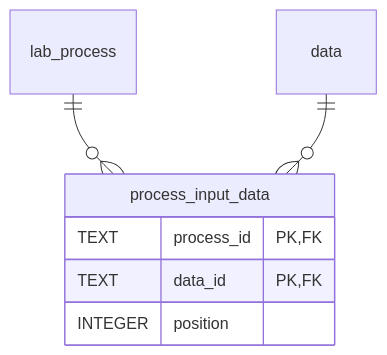
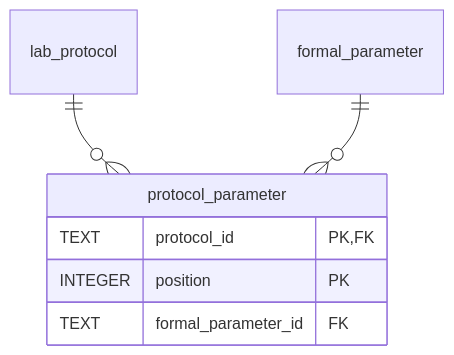
One commit to HLWeil/ProcessCore changed diagram 13 of 18 in schemas/sql/design.md. Above: the diagram before and after it, drawn with Mermaid. The commit also changed other lines of this file, not shown here.

Commit message:
docs: improve SQL schema design plan

````diff
--- a/schemas/sql/design.md
+++ b/schemas/sql/design.md
@@ -358,10 +393,10 @@
 ```mermaid
 erDiagram
-    process_input_data {
-        TEXT process_id PK,FK
-        TEXT data_id PK,FK
-        INTEGER position
+    protocol_parameter {
+        TEXT protocol_id PK,FK
+        INTEGER position PK
+        TEXT formal_parameter_id FK
     }
-    lab_process ||--o{ process_input_data : ""
-    data ||--o{ process_input_data : ""
+    lab_protocol ||--o{ protocol_parameter : ""
+    formal_parameter ||--o{ protocol_parameter : ""
 ```
````
